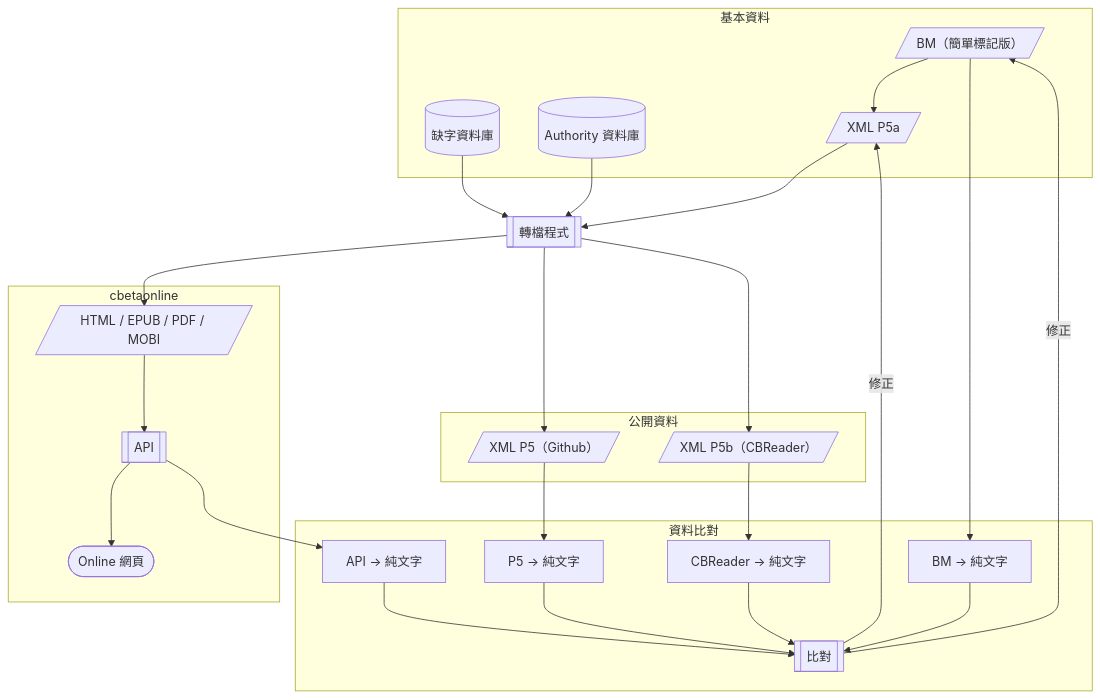
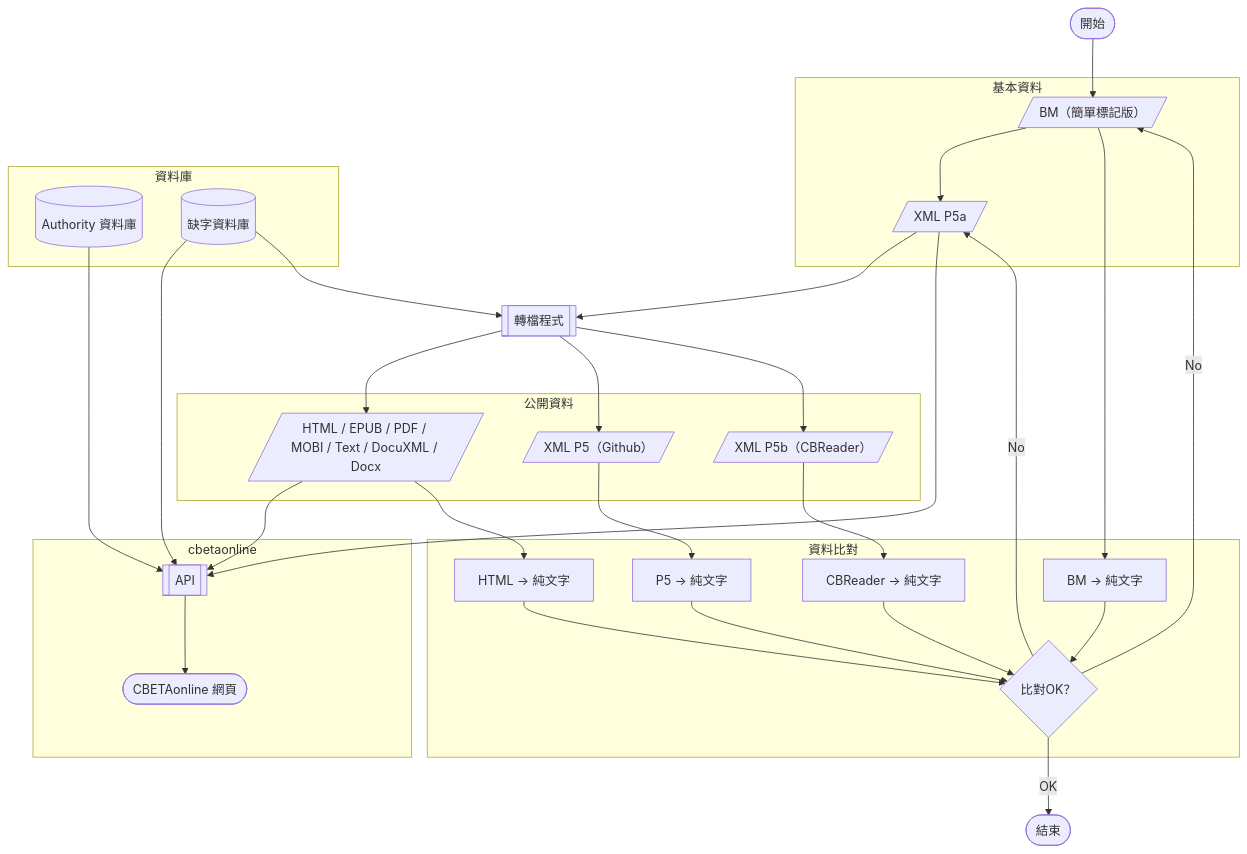
One commit to DILA-edu/cbeta-documentation changed the diagram in README.md. Above: the diagram before and after it, drawn with Mermaid.

````diff
--- a/README.md
+++ b/README.md
@@ -10,51 +10,64 @@
 ```mermaid
+
 flowchart TD
+
+  Start(["開始"])
 
   subgraph 基本資料
     BM[/"BM（簡單標記版）"/]
-    Missing[("缺字資料庫")]
-    Authority[("Authority 資料庫")]
     XMLP5a[/"XML P5a"/]
   end
 
+  subgraph 資料庫
+    Authority[("Authority 資料庫")]
+    Missing[("缺字資料庫")]
+  end
+
   Transform[["轉檔程式"]]
+  
 
   subgraph 公開資料
+    Output[/"HTML / EPUB / PDF / MOBI / Text / DocuXML / Docx"/]
     XMLP5[/"XML P5（Github）"/]
     XMLP5b[/"XML P5b（CBReader）"/]
   end
 
   subgraph 資料比對
-    APIText["API → 純文字"]
+    HTMLText["HTML → 純文字"]
     BMText["BM → 純文字"]
     P5Text["P5 → 純文字"]
     CBRText["CBReader → 純文字"]
-    Compare[["比對"]]
+    Compare{"比對OK？"}
   end
 
   subgraph cbetaonline
-    Output[/"HTML / EPUB / PDF / MOBI"/]
     API[["API"]]
-    Online(["Online 網頁"])
+    Online(["CBETAonline 網頁"])
   end
 
+  END(["結束"])
 
   %% === 資料流程 ===
-  BM --> XMLP5a
-  BM --> BMText --> Compare
-  XMLP5 --> P5Text --> Compare
-  Compare -- 修正 --> BM
-  Compare -- 修正 --> XMLP5a
+  Start --> BM --> XMLP5a
 
   XMLP5a --> Transform
+  XMLP5a --> API
+  Missing --> API
   Missing --> Transform
-  Authority --> Transform
+  Authority --> API
 
   Transform --> Output
   Transform --> XMLP5
   Transform --> XMLP5b
 
+  Output --> API --> Online
+  
+  BM --> BMText --> Compare
+  XMLP5 --> P5Text --> Compare
+  Output --> HTMLText --> Compare
   XMLP5b --> CBRText --> Compare
-  Output --> API --> Online
-  API --> APIText --> Compare
+  
+  Compare -- No --> BM
+  Compare -- No --> XMLP5a
+  Compare -- OK --> END
 ```
````
